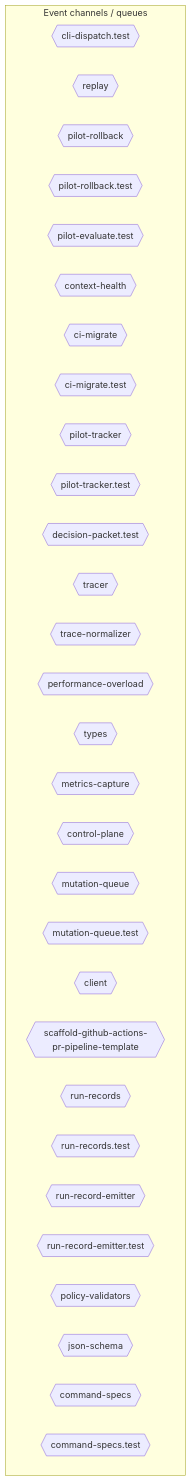
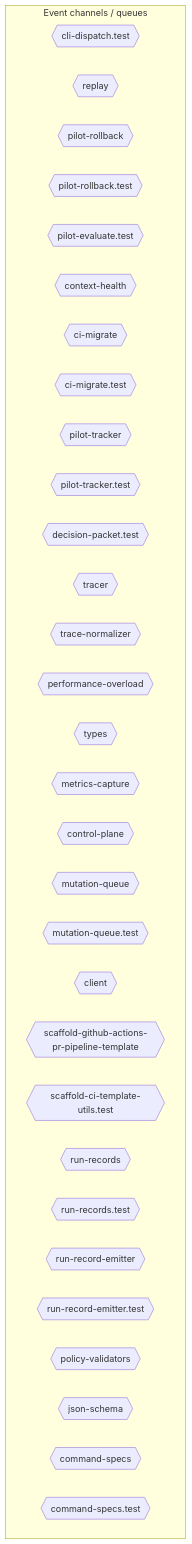
One commit to jscraik/coding-harness changed the sixth of 10 diagrams in AI/context/diagram-context.md. Above: the diagram before and after it, drawn with Mermaid. The commit also changed other lines of this file and 26 other files, not shown here.

````diff
--- a/AI/context/diagram-context.md
+++ b/AI/context/diagram-context.md
@@ -2090,36 +2104,37 @@
 ```mermaid
 flowchart TD
   subgraph Channels["Event channels / queues"]
     cli_dispatch_test_54c9f17b{{"cli-dispatch.test"}}
     replay_ac203c98{{"replay"}}
     pilot_rollback_00c1f82c{{"pilot-rollback"}}
     pilot_rollback_test_e61d5a2b{{"pilot-rollback.test"}}
     pilot_evaluate_test_a2ac06fc{{"pilot-evaluate.test"}}
     context_health_80bb7da9{{"context-health"}}
     ci_migrate_78bb70b1{{"ci-migrate"}}
     ci_migrate_test_2a015bb9{{"ci-migrate.test"}}
     pilot_tracker_5c767813{{"pilot-tracker"}}
     pilot_tracker_test_80398a66{{"pilot-tracker.test"}}
     decision_packet_test_9ea0e97b{{"decision-packet.test"}}
     tracer_1e6243a2{{"tracer"}}
     trace_normalizer_cb1be1d2{{"trace-normalizer"}}
     performance_overload_c685bfcf{{"performance-overload"}}
     types_8_f6283648{{"types"}}
     metrics_capture_1d1a2c08{{"metrics-capture"}}
     control_plane_96826665{{"control-plane"}}
     mutation_queue_ce5a530e{{"mutation-queue"}}
     mutation_queue_test_10b599e8{{"mutation-queue.test"}}
     client_1_914e1681{{"client"}}
     scaffold_github_actions_pr_pipeline_template_e2b85f62{{"scaffold-github-actions-pr-pipeline-template"}}
+    scaffold_ci_template_utils_test_b94825d9{{"scaffold-ci-template-utils.test"}}
     run_records_f616aa7c{{"run-records"}}
     run_records_test_3ee6a0e3{{"run-records.test"}}
     run_record_emitter_00168a3a{{"run-record-emitter"}}
     run_record_emitter_test_5475c0da{{"run-record-emitter.test"}}
     policy_validators_6682e192{{"policy-validators"}}
     json_schema_74a768d7{{"json-schema"}}
     command_specs_69167c63{{"command-specs"}}
     command_specs_test_7f693e85{{"command-specs.test"}}
   end
   classDef eventNode fill:#db2777,color:#fff
 
 ```
````
